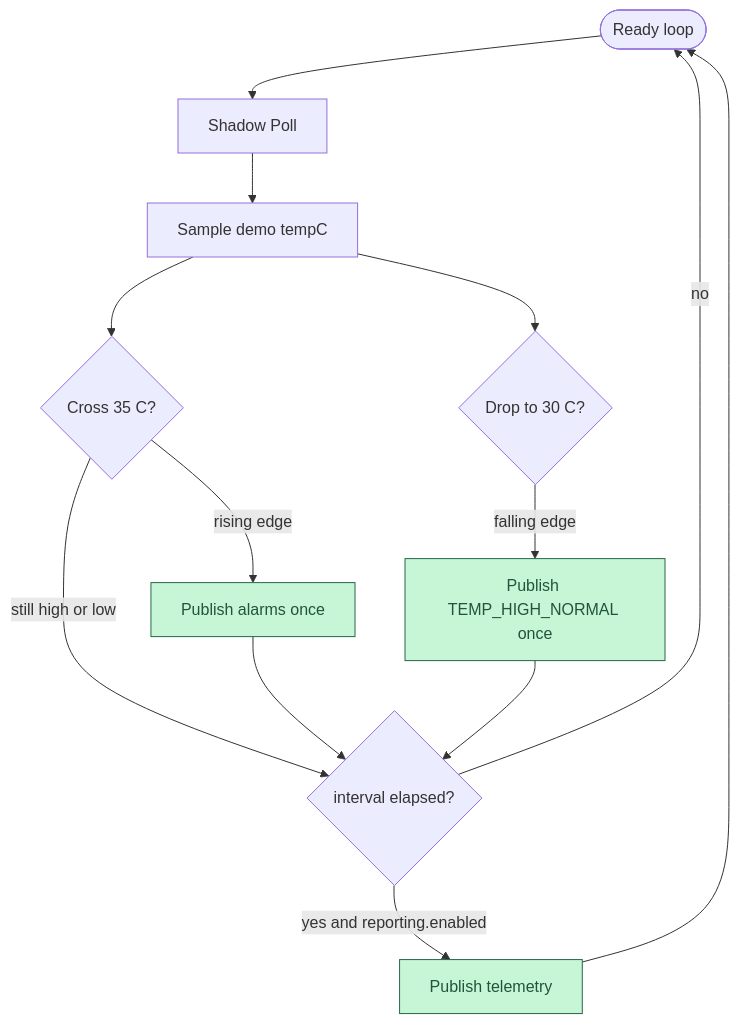
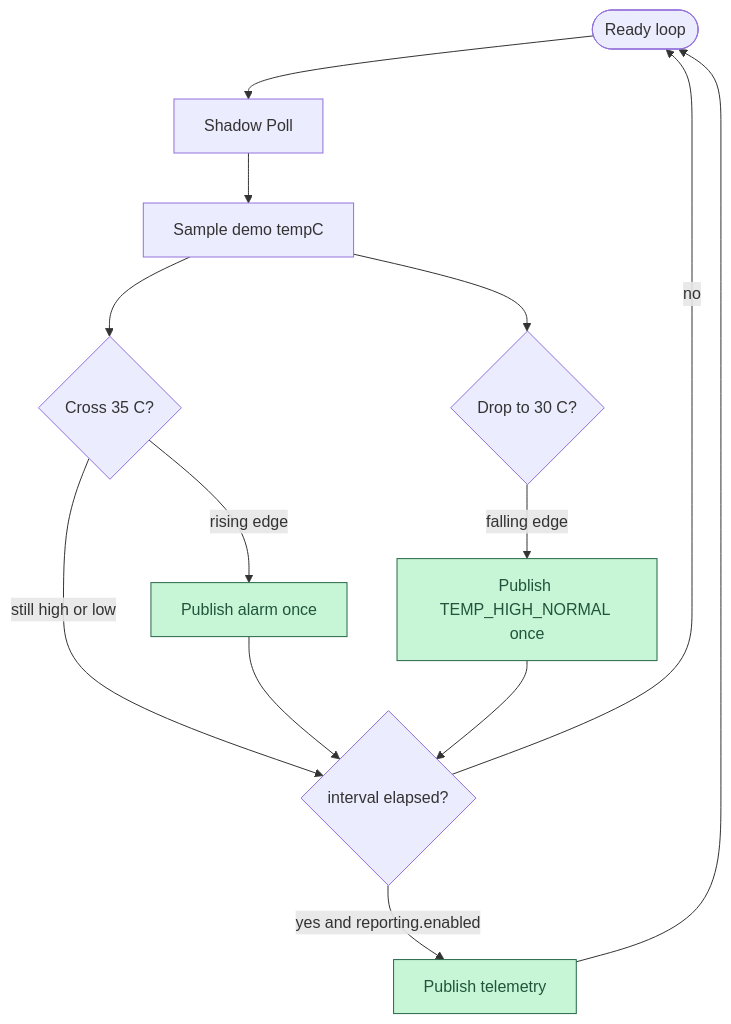
The second of 2 diagrams in Tiremo_Cloud/Feature_Tutorials/06-Publishing_Alarms_And_Telemetry/README.md (Empa-Electronics/Tiremo-Cortex-Tutorials), drawn with Mermaid before and after one commit. The commit also changed other lines of this file and 50 other files, not shown here.

````diff
--- a/Tiremo_Cloud/Feature_Tutorials/06-Publishing_Alarms_And_Telemetry/README.md
+++ b/Tiremo_Cloud/Feature_Tutorials/06-Publishing_Alarms_And_Telemetry/README.md
@@ -58,18 +59,18 @@
 ```mermaid
 flowchart TD
     A([Ready loop]) --> B[Shadow Poll]
     B --> C[Sample demo tempC]
     C --> D{Cross 35 C?}
-    D -->|rising edge| E[Publish alarms once]
+    D -->|rising edge| E[Publish alarm once]
     D -->|still high or low| F{interval elapsed?}
     E --> F
     C --> G{Drop to 30 C?}
     G -->|falling edge| H[Publish TEMP_HIGH_NORMAL once]
     H --> F
     F -->|yes and reporting.enabled| I[Publish telemetry]
     I --> A
     F -->|no| A
 
     classDef lesson fill:#c6f6d5,stroke:#276749,color:#22543d,stroke-width:1px
     class E,H,I lesson
 ```
````
